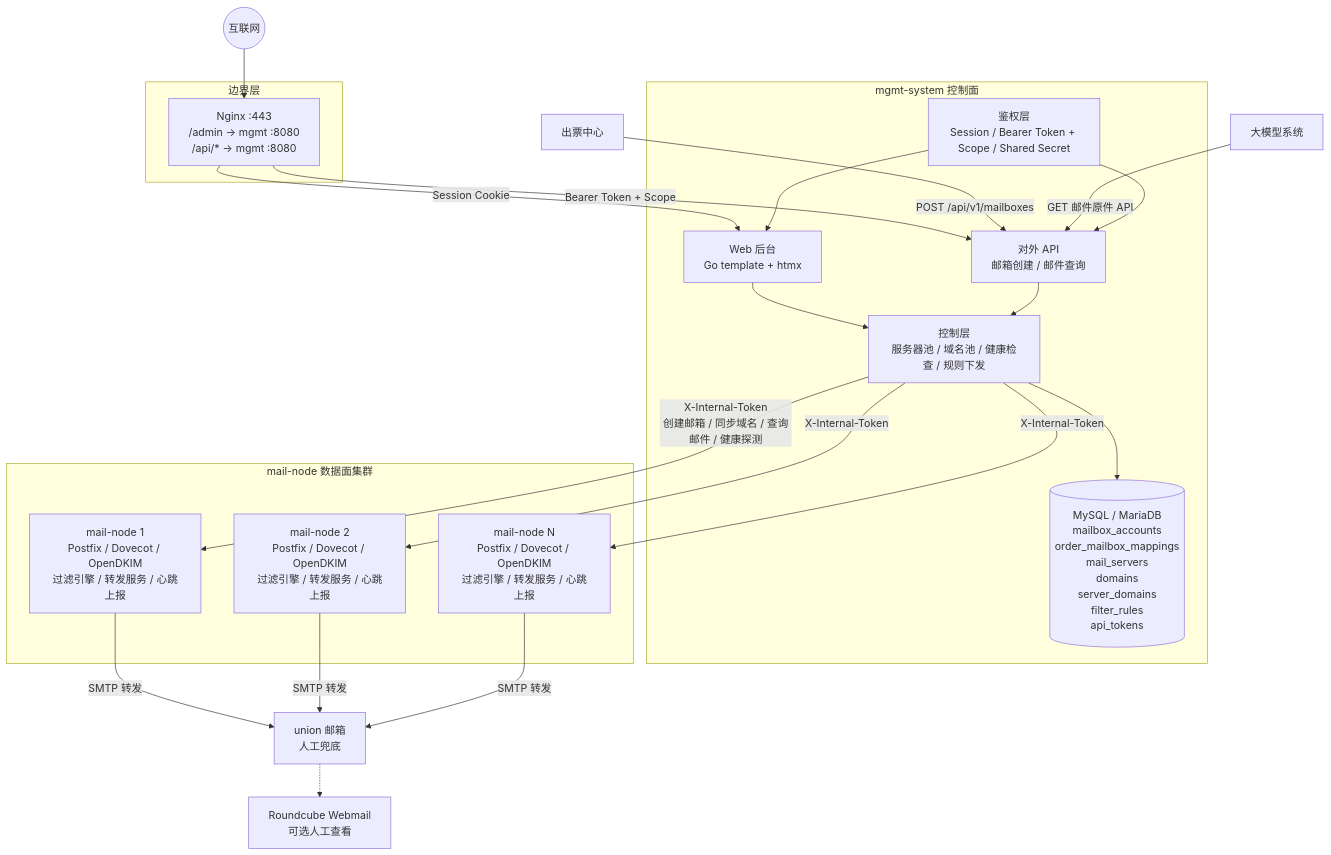
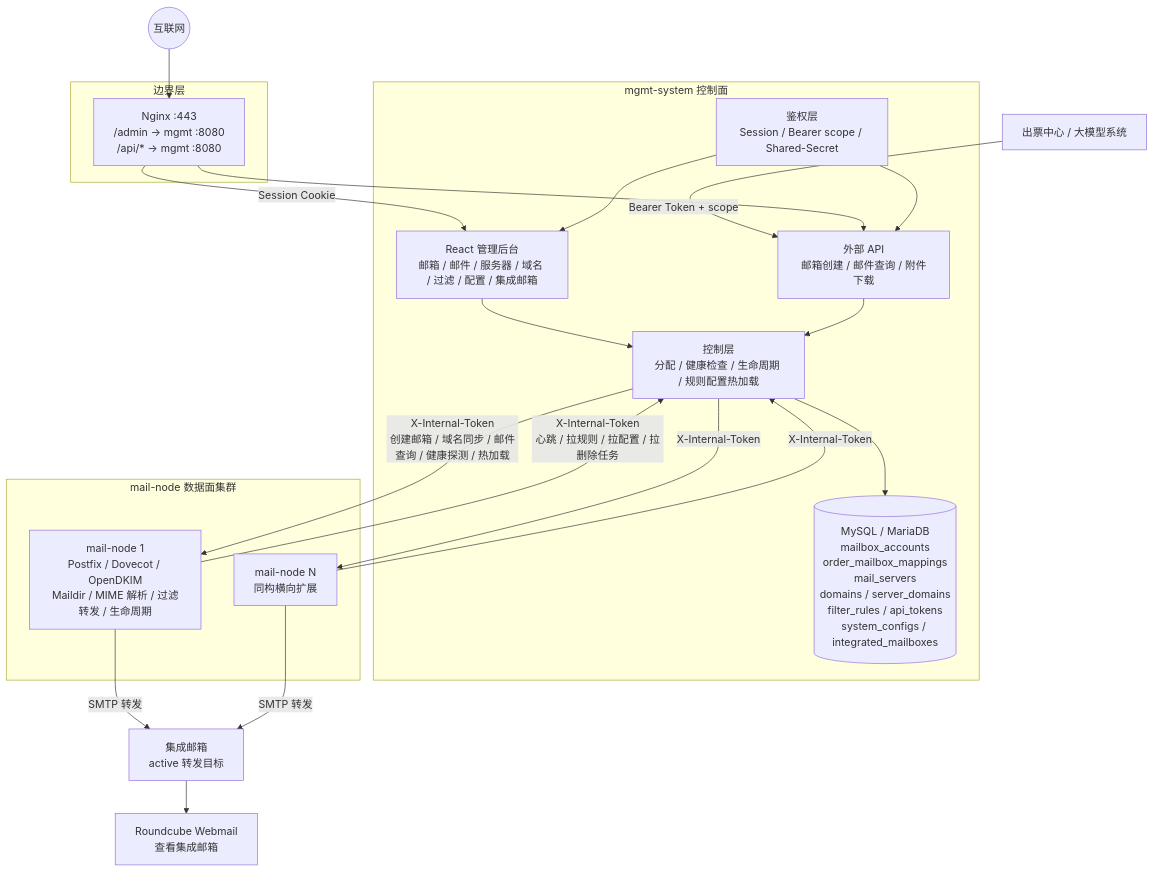
The first of 3 diagrams in docs/architecture-overview.md (snowflake-yezi/MailHub), drawn with Mermaid before and after one commit. The commit also changed other lines of this file and 6 other files, not shown here.

````diff
--- a/docs/architecture-overview.md
+++ b/docs/architecture-overview.md
@@ -11,50 +9,45 @@
 ```mermaid
 flowchart TB
     internet((互联网))
 
     subgraph edge["边界层"]
-        nginx["Nginx :443<br/>/admin → mgmt :8080<br/>/api/* → mgmt :8080"]
+        nginx["Nginx :443<br/>/admin -> mgmt :8080<br/>/api/* -> mgmt :8080"]
     end
 
     subgraph mgmt["mgmt-system 控制面"]
-        auth["鉴权层<br/>Session / Bearer Token + Scope / Shared Secret"]
-        web["Web 后台<br/>Go template + htmx"]
-        api["对外 API<br/>邮箱创建 / 邮件查询"]
-        control["控制层<br/>服务器池 / 域名池 / 健康检查 / 规则下发"]
-        db[("MySQL / MariaDB<br/>mailbox_accounts<br/>order_mailbox_mappings<br/>mail_servers<br/>domains<br/>server_domains<br/>filter_rules<br/>api_tokens")]
+        auth["鉴权层<br/>Session / Bearer scope / Shared-Secret"]
+        web["React 管理后台<br/>邮箱 / 邮件 / 服务器 / 域名 / 过滤 / 配置 / 集成邮箱"]
+        api["外部 API<br/>邮箱创建 / 邮件查询 / 附件下载"]
+        control["控制层<br/>分配 / 健康检查 / 生命周期 / 规则配置热加载"]
+        db[("MySQL / MariaDB<br/>mailbox_accounts<br/>order_mailbox_mappings<br/>mail_servers<br/>domains / server_domains<br/>filter_rules / api_tokens<br/>system_configs / integrated_mailboxes")]
     end
 
     subgraph nodes["mail-node 数据面集群"]
-        node1["mail-node 1<br/>Postfix / Dovecot / OpenDKIM<br/>过滤引擎 / 转发服务 / 心跳上报"]
-        node2["mail-node 2<br/>Postfix / Dovecot / OpenDKIM<br/>过滤引擎 / 转发服务 / 心跳上报"]
-        nodeN["mail-node N<br/>Postfix / Dovecot / OpenDKIM<br/>过滤引擎 / 转发服务 / 心跳上报"]
+        node1["mail-node 1<br/>Postfix / Dovecot / OpenDKIM<br/>Maildir / MIME 解析 / 过滤转发 / 生命周期"]
+        nodeN["mail-node N<br/>同构横向扩展"]
     end
 
-    ticket["出票中心"]
-    llm["大模型系统"]
-    union["union 邮箱<br/>人工兜底"]
-    roundcube["Roundcube Webmail<br/>可选人工查看"]
+    caller["出票中心 / 大模型系统"]
+    union["集成邮箱<br/>active 转发目标"]
+    roundcube["Roundcube Webmail<br/>查看集成邮箱"]
 
     internet --> nginx
-
+    caller -->|"Bearer Token + scope"| api
     nginx -->|"Session Cookie"| web
-    nginx -->|"Bearer Token + Scope"| api
-
-    ticket -->|"POST /api/v1/mailboxes"| api
-    llm -->|"GET 邮件原件 API"| api
+    nginx --> api
 
     auth --> web
     auth --> api
     web --> control
     api --> control
     control --> db
 
-    control -->|"X-Internal-Token<br/>创建邮箱 / 同步域名 / 查询邮件 / 健康探测"| node1
-    control -->|"X-Internal-Token"| node2
+    control -->|"X-Internal-Token<br/>创建邮箱 / 域名同步 / 邮件查询 / 健康探测 / 热加载"| node1
     control -->|"X-Internal-Token"| nodeN
+    node1 -->|"X-Internal-Token<br/>心跳 / 拉规则 / 拉配置 / 拉删除任务"| control
+    nodeN -->|"X-Internal-Token"| control
 
     node1 -->|"SMTP 转发"| union
-    node2 -->|"SMTP 转发"| union
     nodeN -->|"SMTP 转发"| union
-    union -.-> roundcube
+    union --> roundcube
 ```
````
